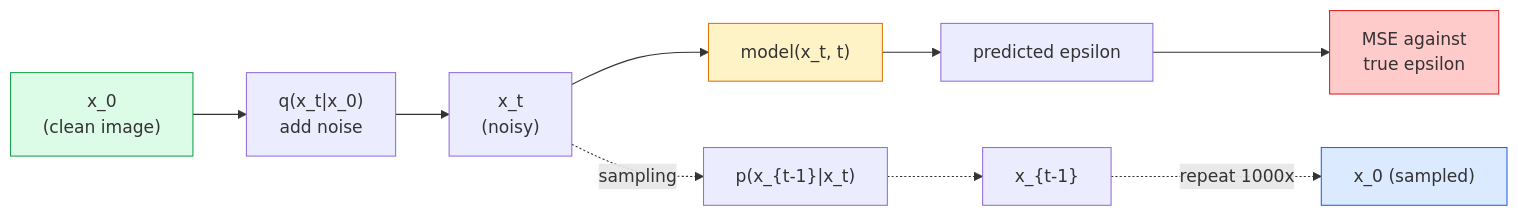
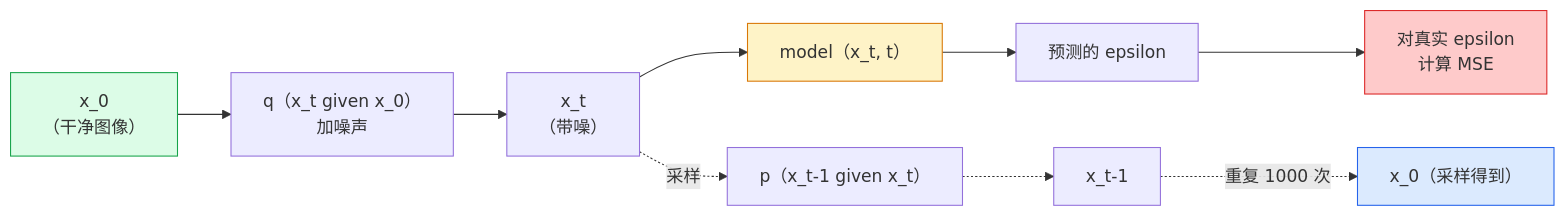
One commit to JerryC8080/ai-engineering-from-scratch-zh changed the diagram in phases/04-computer-vision/10-image-generation-diffusion/docs/zh.md. Above: the diagram before and after it, drawn with Mermaid. The commit also changed 156 other files, not shown here.

First line of the commit message:
i18n(zh): translate mermaid diagram labels in 157 lesson zh.md

````diff
--- a/phases/04-computer-vision/10-image-generation-diffusion/docs/zh.md
+++ b/phases/04-computer-vision/10-image-generation-diffusion/docs/zh.md
@@ -61,17 +61,17 @@
 ```mermaid
 flowchart LR
-    X0["x_0<br/>(clean image)"] --> Q1["q(x_t|x_0)<br/>add noise"]
-    Q1 --> XT["x_t<br/>(noisy)"]
-    XT --> MODEL["model(x_t, t)"]
-    MODEL --> EPS["predicted epsilon"]
-    EPS --> LOSS["MSE against<br/>true epsilon"]
+    X0["x_0<br/>（干净图像）"] --> Q1["q（x_t given x_0）<br/>加噪声"]
+    Q1 --> XT["x_t<br/>（带噪）"]
+    XT --> MODEL["model（x_t, t）"]
+    MODEL --> EPS["预测的 epsilon"]
+    EPS --> LOSS["对真实 epsilon<br/>计算 MSE"]
 
-    XT -.->|sampling| STEP["p(x_{t-1}|x_t)"]
-    STEP -.-> XT1["x_{t-1}"]
-    XT1 -.->|repeat 1000x| X0S["x_0 (sampled)"]
+    XT -.->|采样| STEP["p（x_t-1 given x_t）"]
+    STEP -.-> XT1["x_t-1"]
+    XT1 -.->|重复 1000 次| X0S["x_0（采样得到）"]
 
     style X0 fill:#dcfce7,stroke:#16a34a
     style MODEL fill:#fef3c7,stroke:#d97706
     style LOSS fill:#fecaca,stroke:#dc2626
     style X0S fill:#dbeafe,stroke:#2563eb
 ```
````
